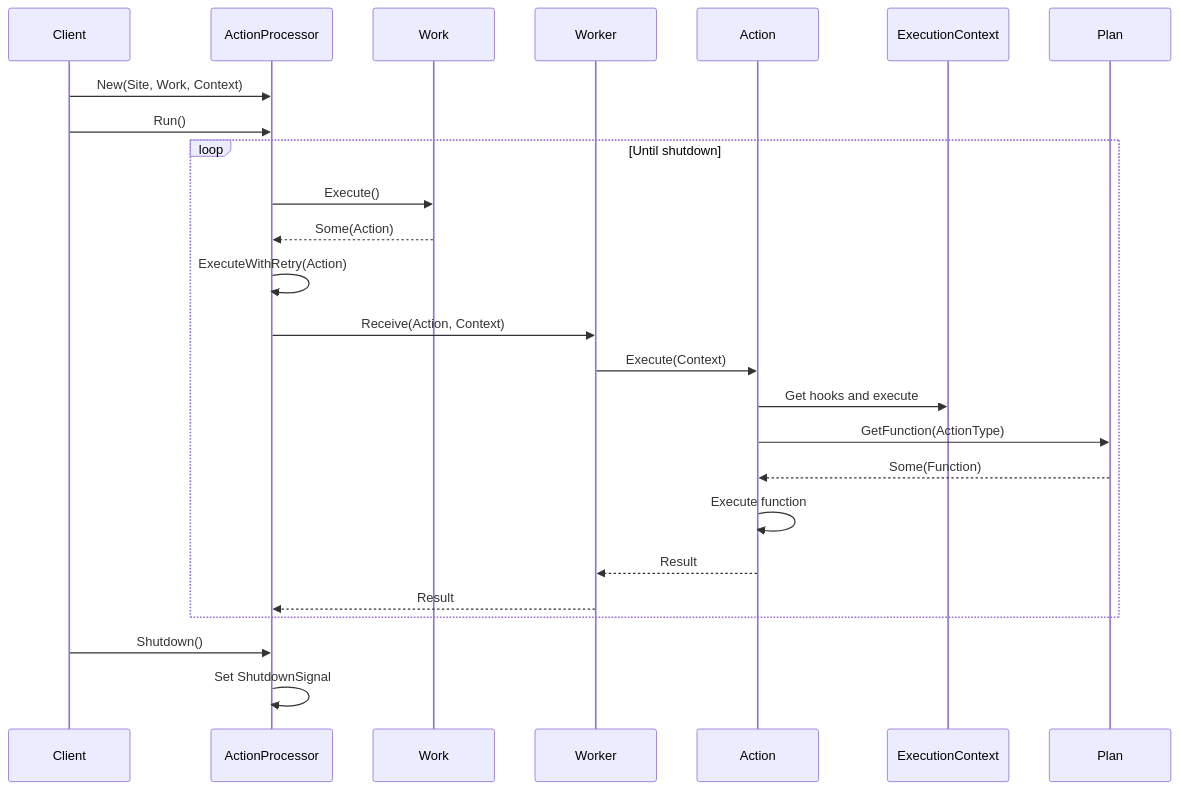
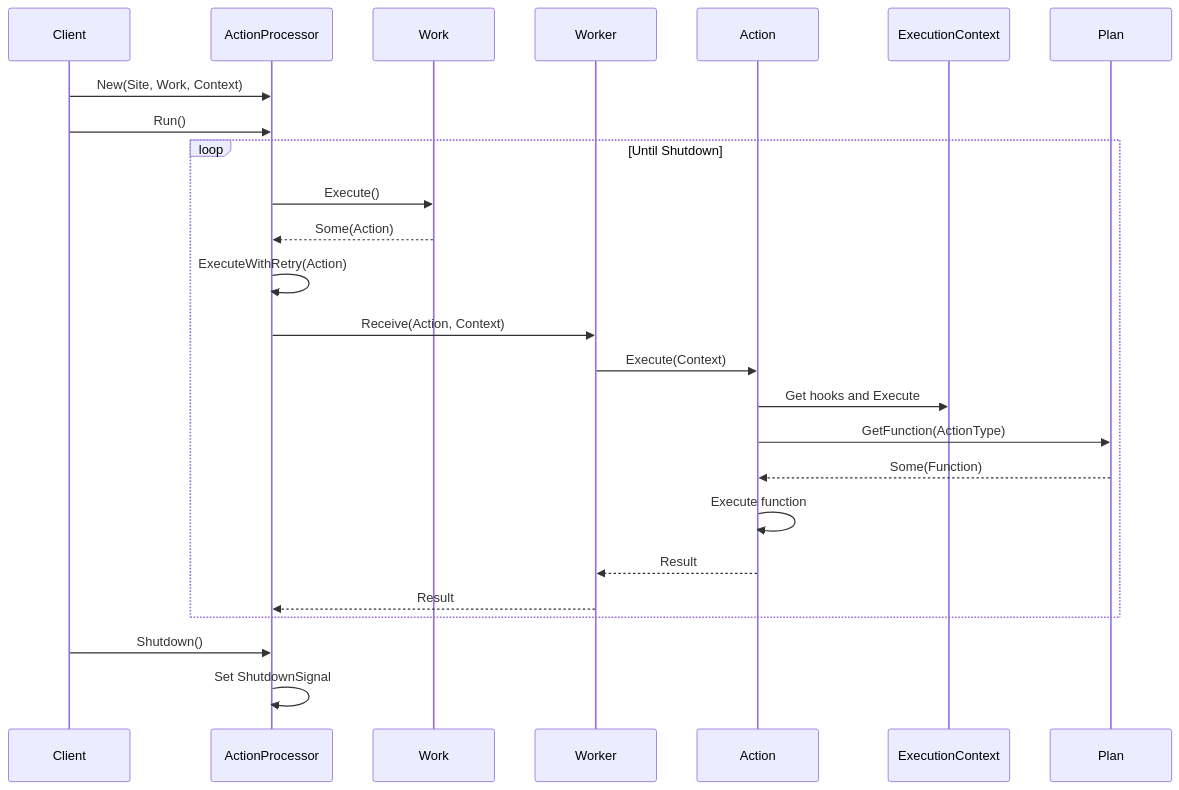
Before and after one commit to CodeEditorLand/Echo: the second of 4 diagrams in README.md, drawn with Mermaid. The commit also changed other lines of this file, not shown here.

````diff
--- a/README.md
+++ b/README.md
@@ -110,28 +153,28 @@
 ```mermaid
 sequenceDiagram
     participant Client
     participant ActionProcessor
     participant Work
     participant Worker
     participant Action
     participant ExecutionContext
     participant Plan
 
     Client->>ActionProcessor: New(Site, Work, Context)
     Client->>ActionProcessor: Run()
-    loop Until shutdown
+    loop Until Shutdown
         ActionProcessor->>Work: Execute()
         Work-->>ActionProcessor: Some(Action)
         ActionProcessor->>ActionProcessor: ExecuteWithRetry(Action)
         ActionProcessor->>Worker: Receive(Action, Context)
         Worker->>Action: Execute(Context)
-        Action->>ExecutionContext: Get hooks and execute
+        Action->>ExecutionContext: Get hooks and Execute
         Action->>Plan: GetFunction(ActionType)
         Plan-->>Action: Some(Function)
         Action->>Action: Execute function
         Action-->>Worker: Result
         Worker-->>ActionProcessor: Result
     end
     Client->>ActionProcessor: Shutdown()
     ActionProcessor->>ActionProcessor: Set ShutdownSignal
 ```
````
